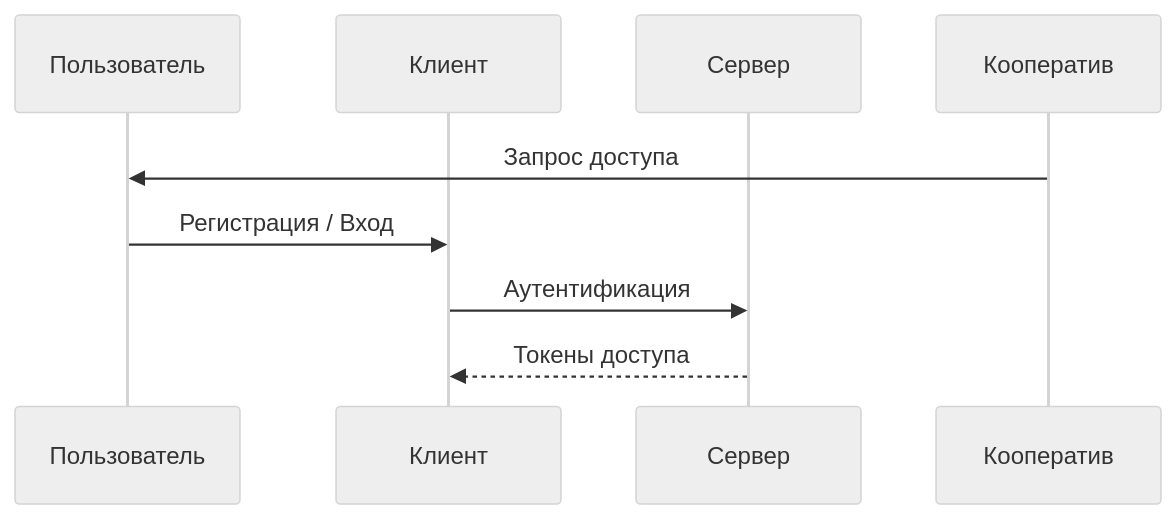
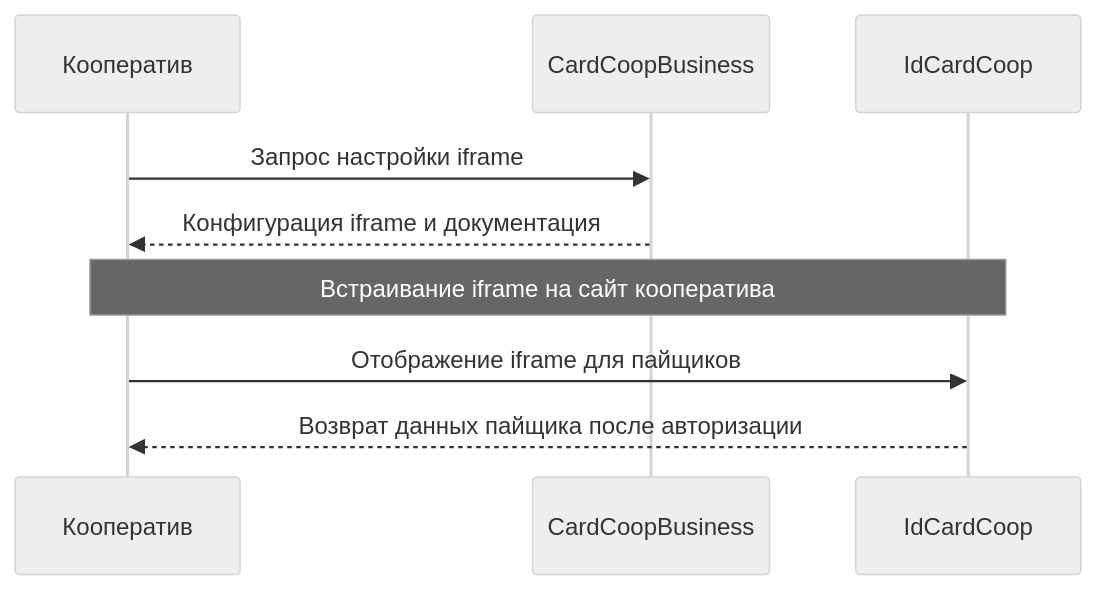
Before and after one commit to coopenomics/coopenomics: the ninth of 11 diagrams in docs/documentation/cardcoop.md, drawn with Mermaid (neutral theme). The commit also changed other lines of this file and 9 other files, not shown here.

````diff
--- a/docs/documentation/cardcoop.md
+++ b/docs/documentation/cardcoop.md
@@ -399,13 +427,13 @@
 ```mermaid
 sequenceDiagram
-    participant Пользователь
-    participant Клиент
-    participant Сервер
     participant Кооператив
+    participant CardCoopBusiness
+    participant IdCardCoop
 
-    Кооператив->>Пользователь: Запрос доступа
-
-    Пользователь->>Клиент: Регистрация / Вход
-    Клиент->>Сервер: Аутентификация
-    Сервер-->>Клиент: Токены доступа
-```    
+    Кооператив->>CardCoopBusiness: Запрос настройки iframe
+    CardCoopBusiness-->>Кооператив: Конфигурация iframe и документация
+    
+    Note over Кооператив,IdCardCoop: Встраивание iframe на сайт кооператива
+    Кооператив->>IdCardCoop: Отображение iframe для пайщиков
+    IdCardCoop-->>Кооператив: Возврат данных пайщика после авторизации
+```
````
